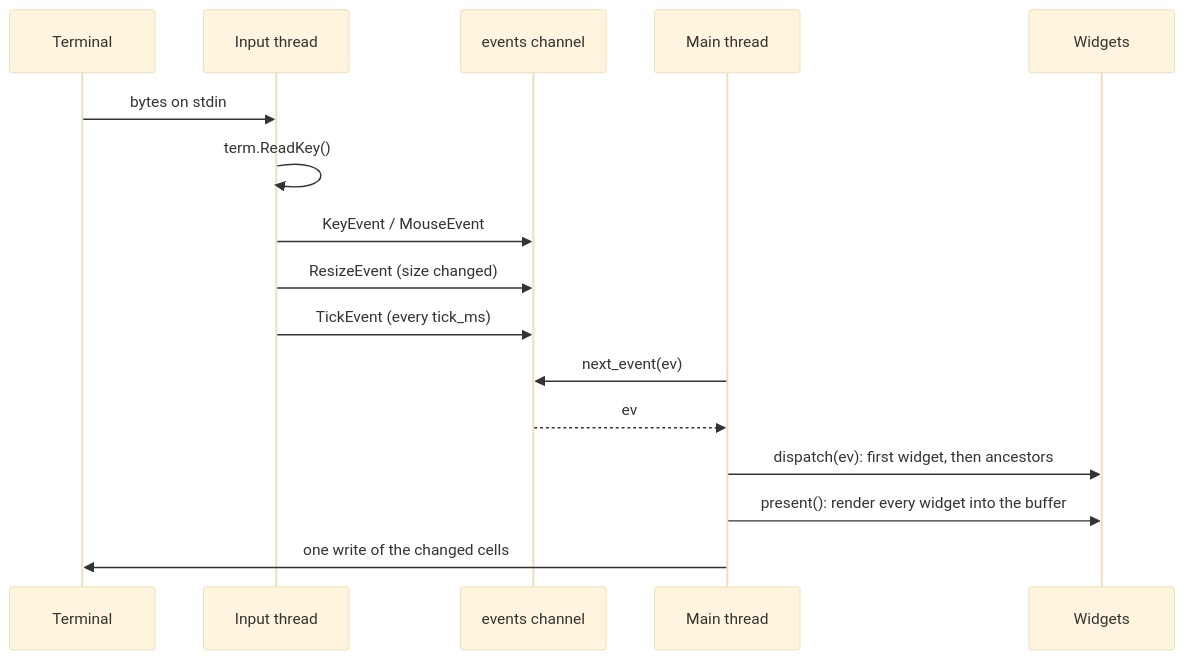
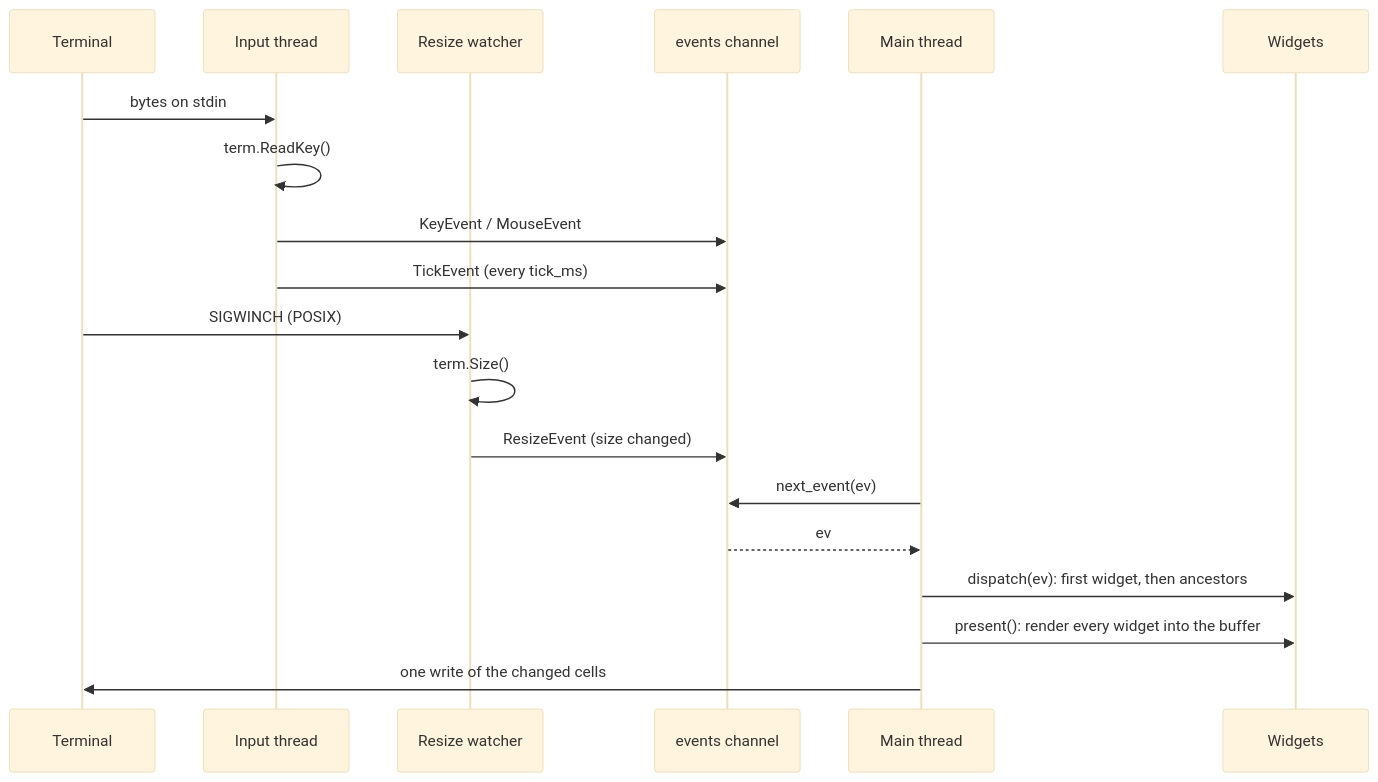
One commit to curedbylethe/basalam changed the diagram in concepts/event-loop.mdx. Above: the diagram before and after it, drawn with Mermaid (base theme). The commit also changed other lines of this file and 2 other files, not shown here.

First line of the commit message:
docs(events): document signal-driven resize detection

````diff
--- a/concepts/event-loop.mdx
+++ b/concepts/event-loop.mdx
@@ -11,18 +11,21 @@
 ```mermaid
 sequenceDiagram
     participant T as Terminal
     participant I as Input thread
+    participant N as Resize watcher
     participant C as events channel
     participant M as Main thread
     participant W as Widgets
     T->>I: bytes on stdin
     I->>I: term.ReadKey()
     I->>C: KeyEvent / MouseEvent
-    I->>C: ResizeEvent (size changed)
     I->>C: TickEvent (every tick_ms)
+    T->>N: SIGWINCH (POSIX)
+    N->>N: term.Size()
+    N->>C: ResizeEvent (size changed)
     M->>C: next_event(ev)
     C-->>M: ev
     M->>W: dispatch(ev): first widget, then ancestors
     M->>W: present(): render every widget into the buffer
     M->>T: one write of the changed cells
 ```
````
